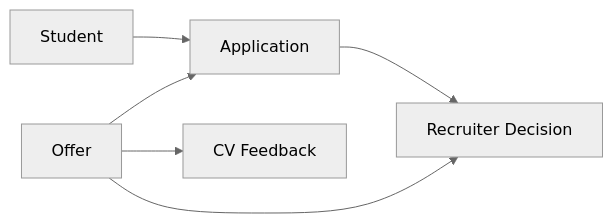
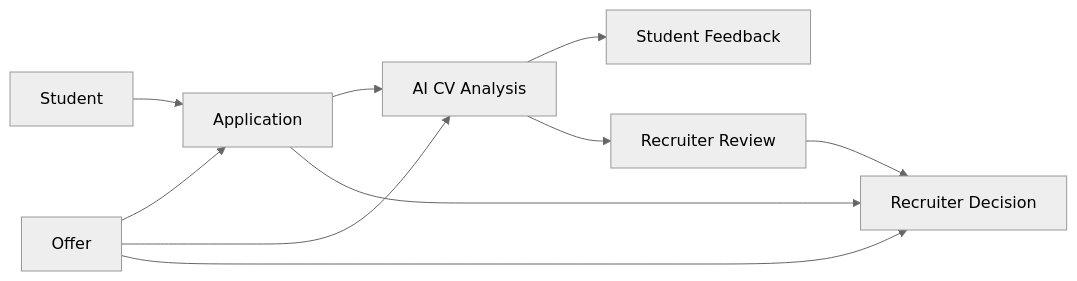
The second of 6 diagrams in README.md (roberta34/InternHub), drawn with Mermaid (neutral theme) before and after one commit. The commit also changed other lines of this file, not shown here.

````diff
--- a/README.md
+++ b/README.md
@@ -333,8 +365,12 @@
 ```mermaid
 flowchart LR
     Student --> Application
     Offer --> Application
-    Offer --> CVFeedback["CV Feedback"]
+    Offer --> CVAnalysis["AI CV Analysis"]
+    Application --> CVAnalysis
+    CVAnalysis --> StudentFeedback["Student Feedback"]
+    CVAnalysis --> RecruiterReview["Recruiter Review"]
     Application --> Decision["Recruiter Decision"]
     Offer --> Decision
+    RecruiterReview --> Decision
 ```
````
